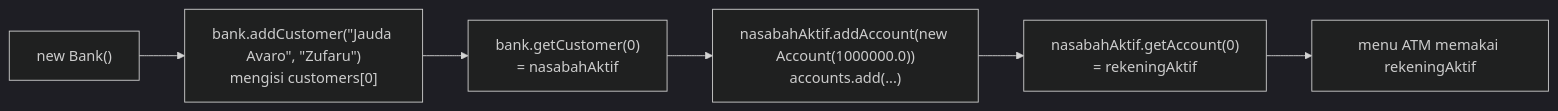
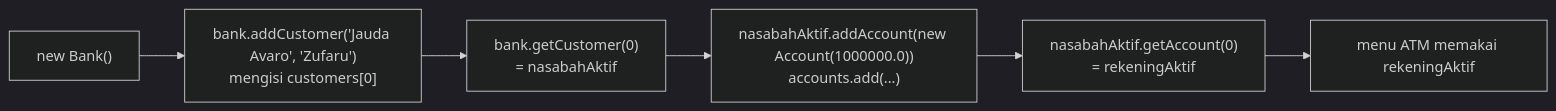
The second of 2 diagrams in README.md (avarozufaru/Latihan_ArrayList), drawn with Mermaid (dark theme) before and after one commit.

Commit message:
Perbaiki diagram dan README

````diff
--- a/README.md
+++ b/README.md
@@ -217,8 +217,8 @@
 ```mermaid
 flowchart LR
-    A["new Bank()"] --> B["bank.addCustomer(&quot;Jauda Avaro&quot;, &quot;Zufaru&quot;)<br/>mengisi customers[0]"]
+    A["new Bank()"] --> B["bank.addCustomer('Jauda Avaro', 'Zufaru')<br/>mengisi customers[0]"]
     B --> C["bank.getCustomer(0)<br/>= nasabahAktif"]
     C --> D["nasabahAktif.addAccount(new Account(1000000.0))<br/>accounts.add(...)"]
     D --> E["nasabahAktif.getAccount(0)<br/>= rekeningAktif"]
     E --> F["menu ATM memakai rekeningAktif"]
 ```
````
